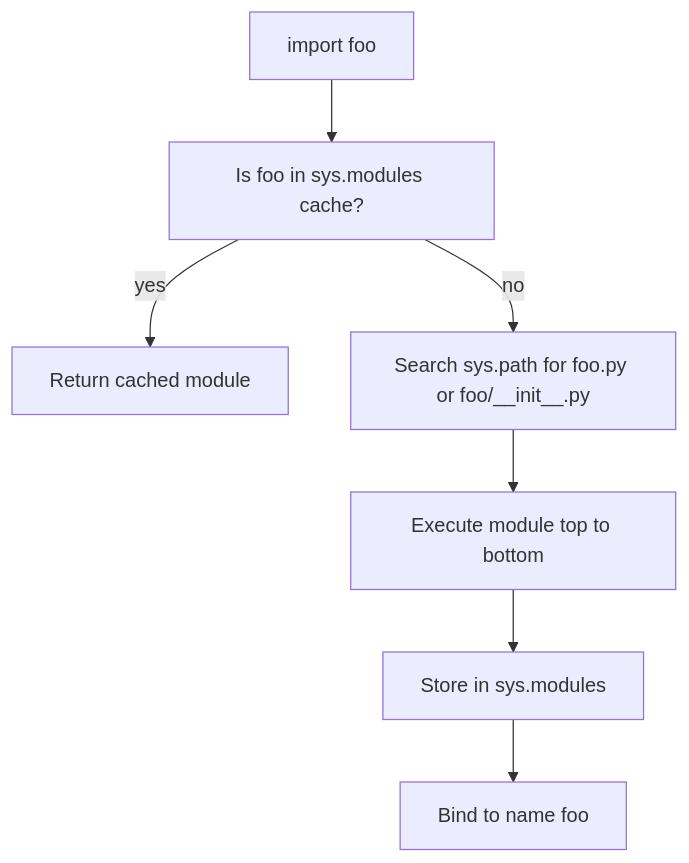
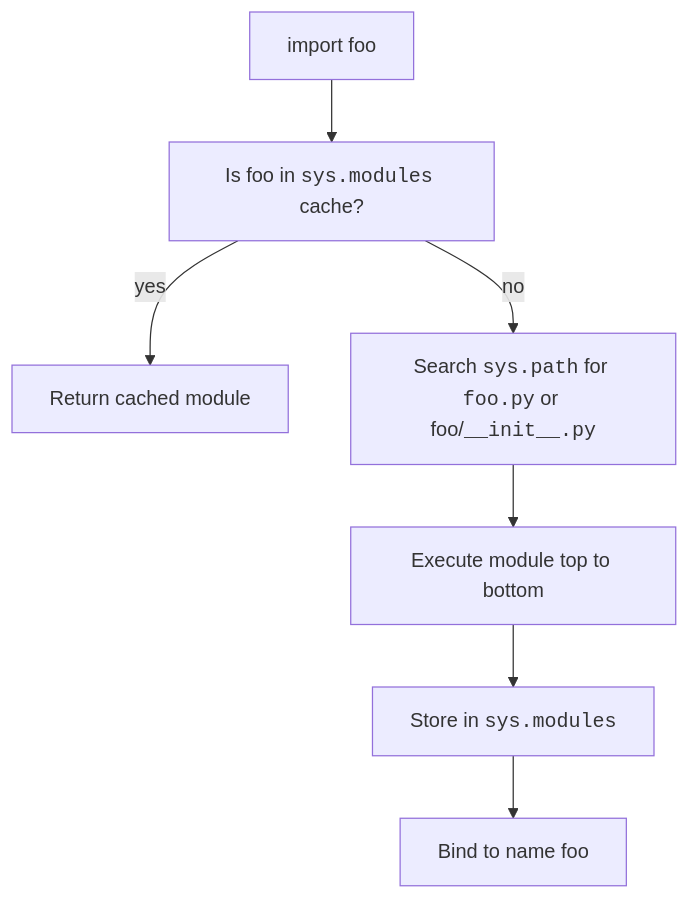
The diagram in content/learn/python-basics/modules.mdx (dataslope/dataslope), drawn with Mermaid before and after one commit. The commit also changed 100 other files, not shown here.

First line of the commit message:
Wrap more code in diagram labels: filenames, hex, assignments, subgraph titles

````diff
--- a/content/learn/python-basics/modules.mdx
+++ b/content/learn/python-basics/modules.mdx
@@ -94,9 +94,9 @@
 ```mermaid
 flowchart TD
-    A["import foo"] --> B["Is foo in sys.modules cache?"]
+    A["import foo"] --> B["Is foo in <code>sys.modules</code> cache?"]
     B -->|yes| C["Return cached module"]
-    B -->|no| D["Search sys.path for foo.py or foo/__init__.py"]
+    B -->|no| D["Search <code>sys.path</code> for <code>foo.py</code> or foo/<code>__init__.py</code>"]
     D --> E["Execute module top to bottom"]
-    E --> F["Store in sys.modules"]
+    E --> F["Store in <code>sys.modules</code>"]
     F --> G["Bind to name foo"]
 ```
````
